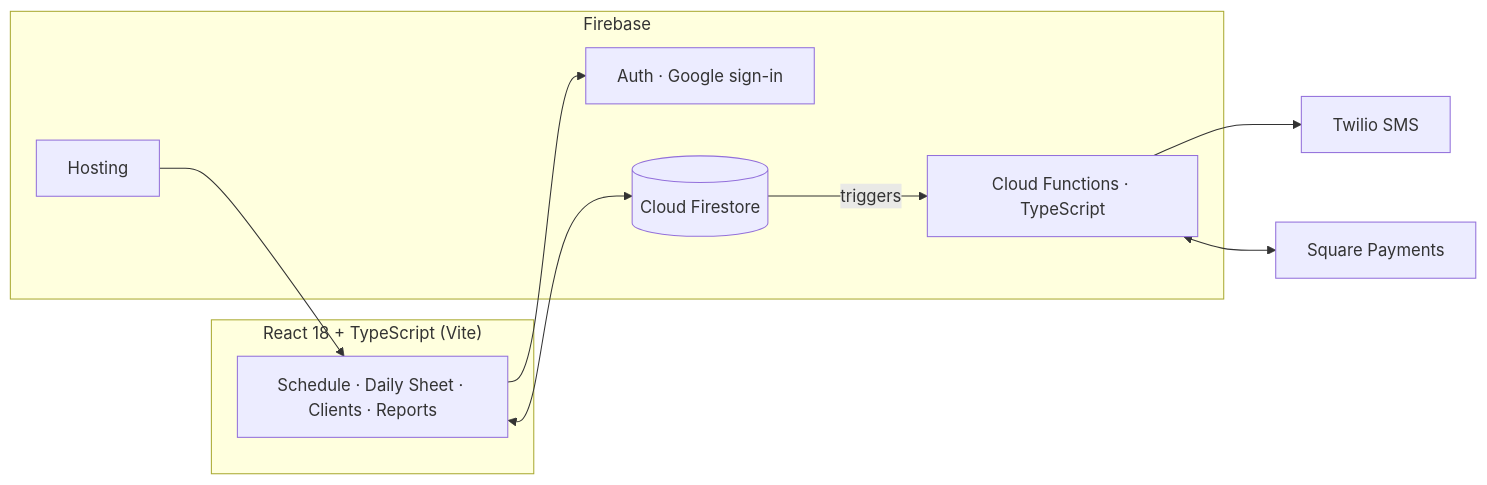
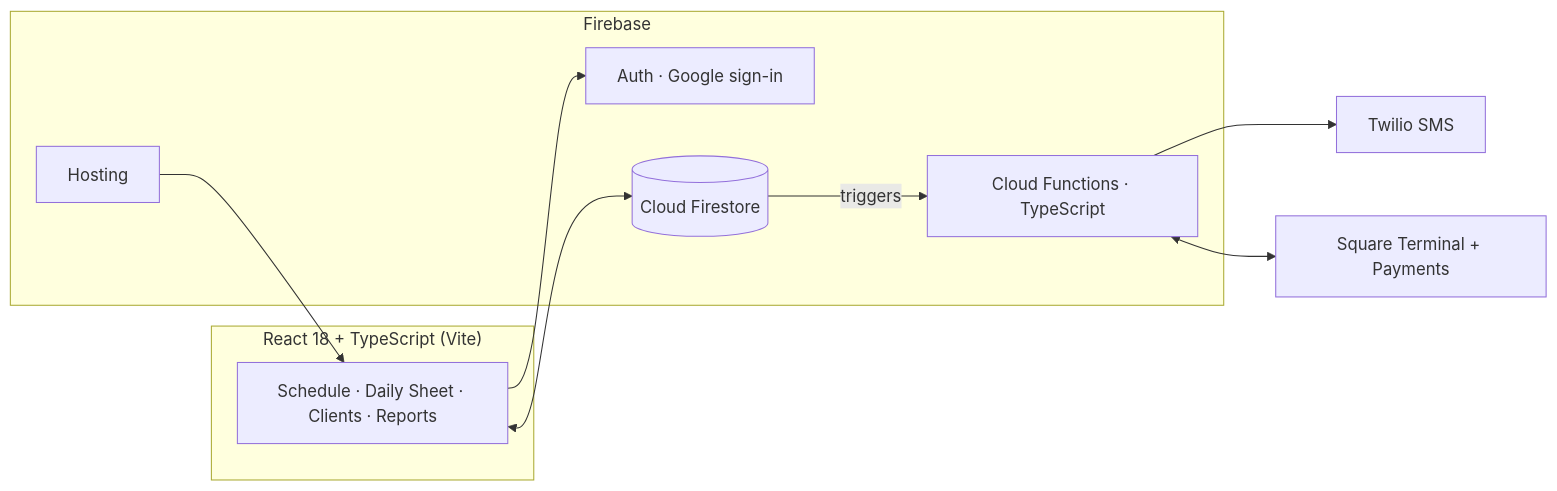
The diagram in README.md (ZabdielMej/GroomerSync-Showcase), drawn with Mermaid before and after one commit. The commit also changed other lines of this file, not shown here.

Commit message:
README: refresh the case study to October 2026 (numbers, Terminal, texting, health, process); plain punctuation (#2)

````diff
--- a/README.md
+++ b/README.md
@@ -37,21 +55,21 @@
 ```mermaid
 flowchart LR
     subgraph Client["React 18 + TypeScript (Vite)"]
         UI[Schedule · Daily Sheet · Clients · Reports]
     end
     subgraph Firebase
         Auth[Auth · Google sign-in]
         FS[(Cloud Firestore)]
         FN[Cloud Functions · TypeScript]
         H[Hosting]
     end
     TW[Twilio SMS]
-    SQ[Square Payments]
+    SQ[Square Terminal + Payments]
 
     UI --> Auth
     UI <--> FS
     FS -- triggers --> FN
     FN --> TW
     FN <--> SQ
     H --> UI
 ```
````
